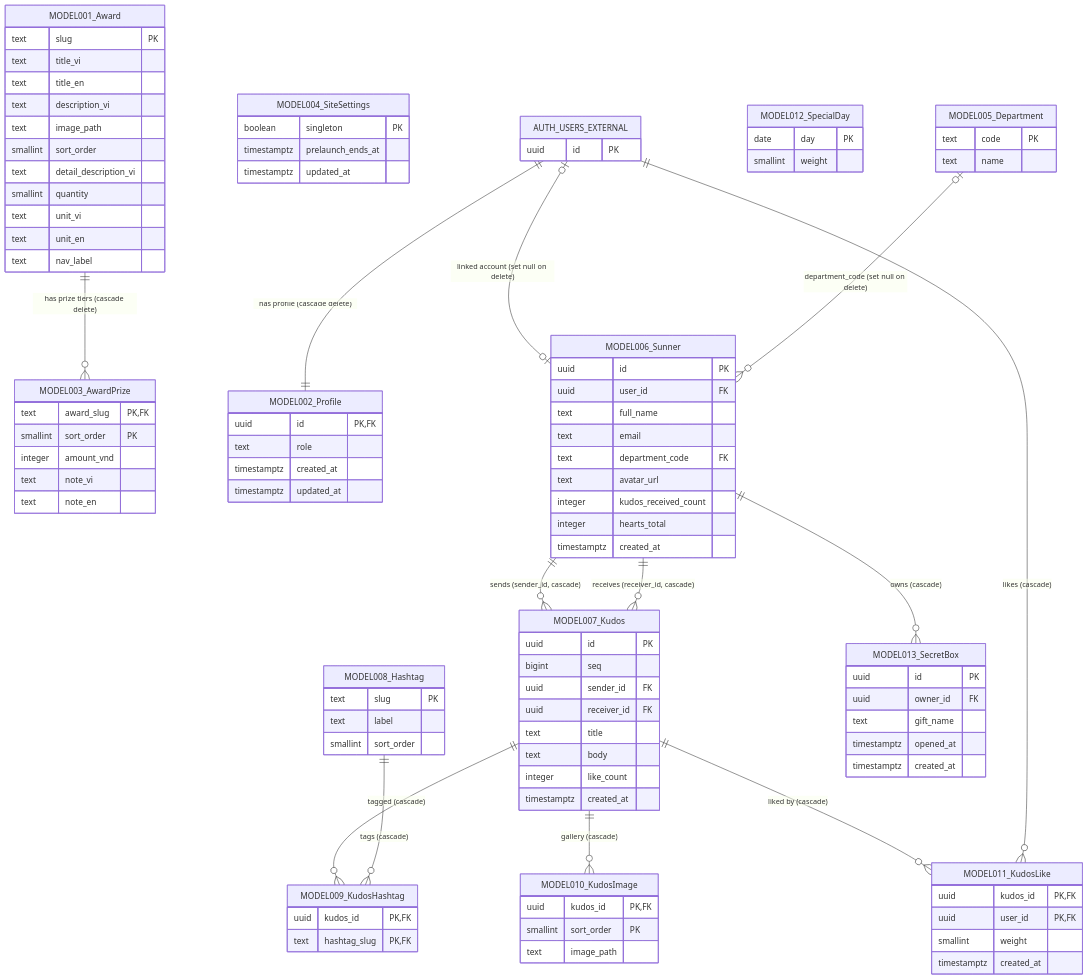
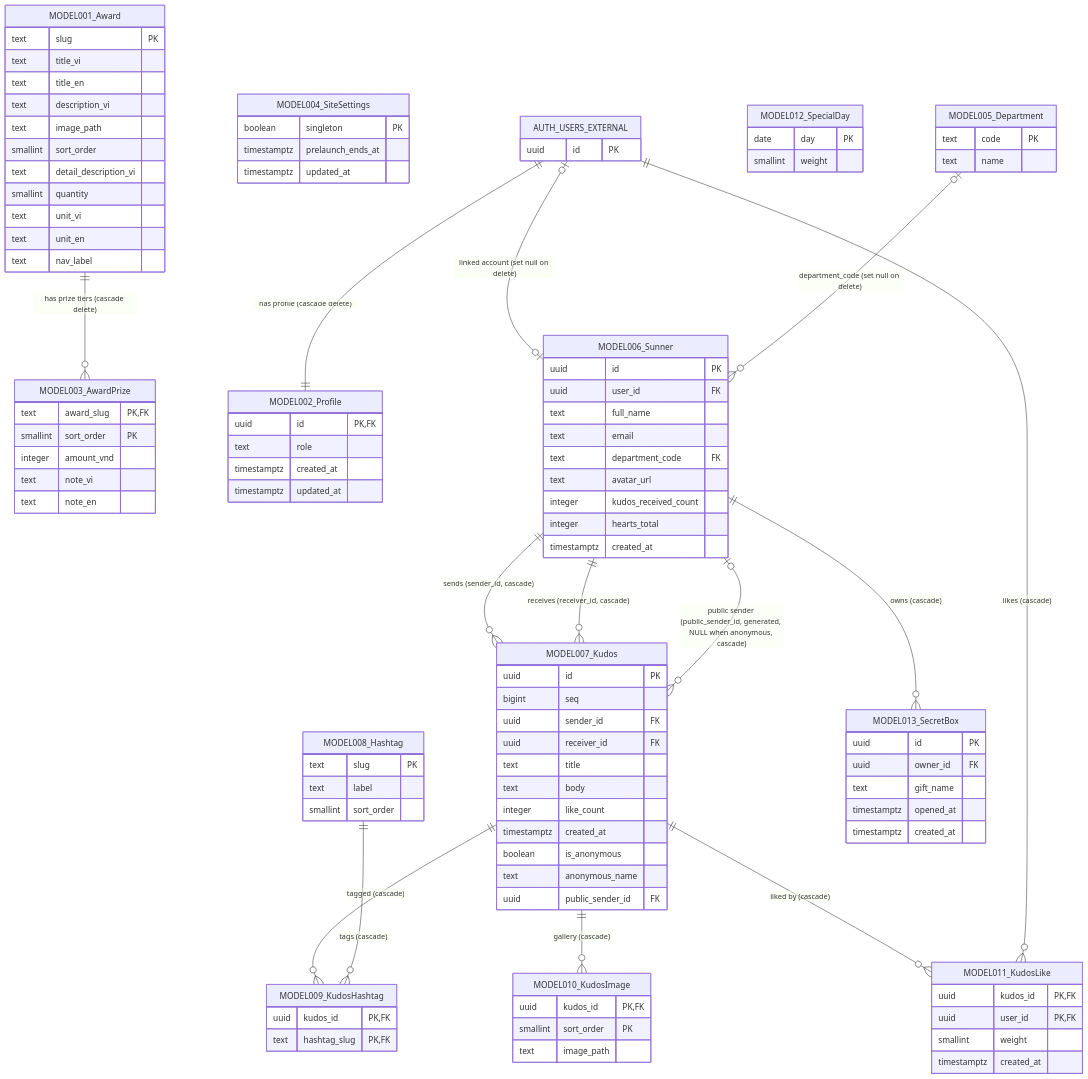
Before and after one commit to lannp-3774/agentic-coding-hands-on: the diagram in docs/generated/entities.md, drawn with Mermaid. The commit also changed other lines of this file and 20 other files, not shown here.

```diff
--- a/docs/generated/entities.md
+++ b/docs/generated/entities.md
@@ -64,6 +64,9 @@
         text body
         integer like_count
         timestamptz created_at
+        boolean is_anonymous
+        text anonymous_name
+        uuid public_sender_id FK
     }
     MODEL008_Hashtag {
         text slug PK
@@ -105,6 +108,7 @@
     MODEL005_Department |o--o{ MODEL006_Sunner : "department_code (set null on delete)"
     MODEL006_Sunner ||--o{ MODEL007_Kudos : "sends (sender_id, cascade)"
     MODEL006_Sunner ||--o{ MODEL007_Kudos : "receives (receiver_id, cascade)"
+    MODEL006_Sunner |o--o{ MODEL007_Kudos : "public sender (public_sender_id, generated, NULL when anonymous, cascade)"
     MODEL007_Kudos ||--o{ MODEL009_KudosHashtag : "tagged (cascade)"
     MODEL008_Hashtag ||--o{ MODEL009_KudosHashtag : "tags (cascade)"
     MODEL007_Kudos ||--o{ MODEL010_KudosImage : "gallery (cascade)"
```
